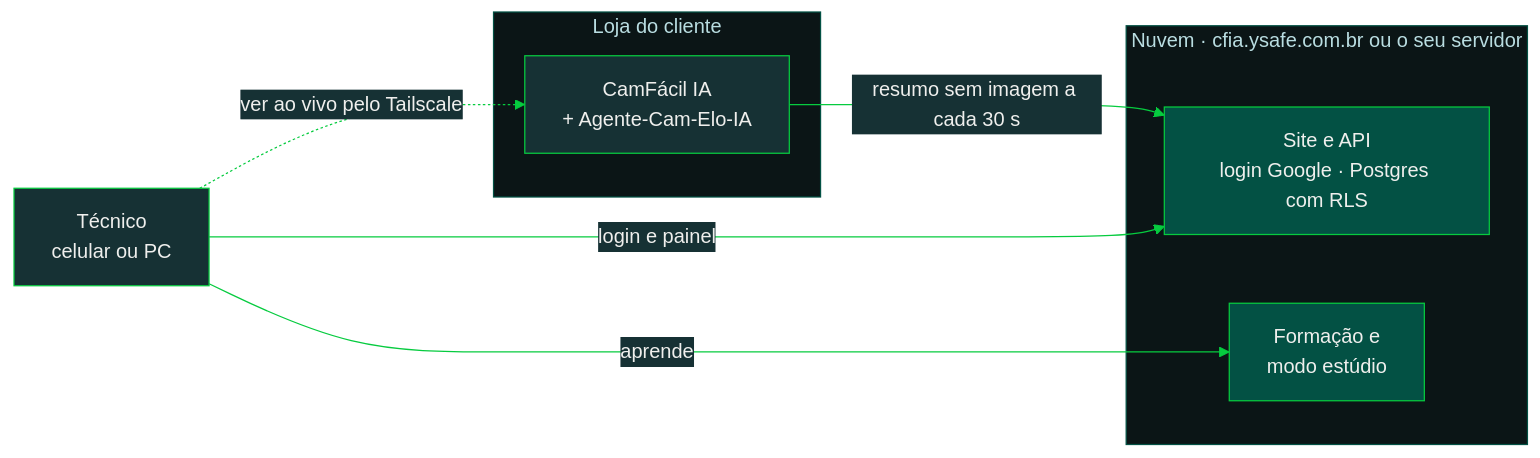
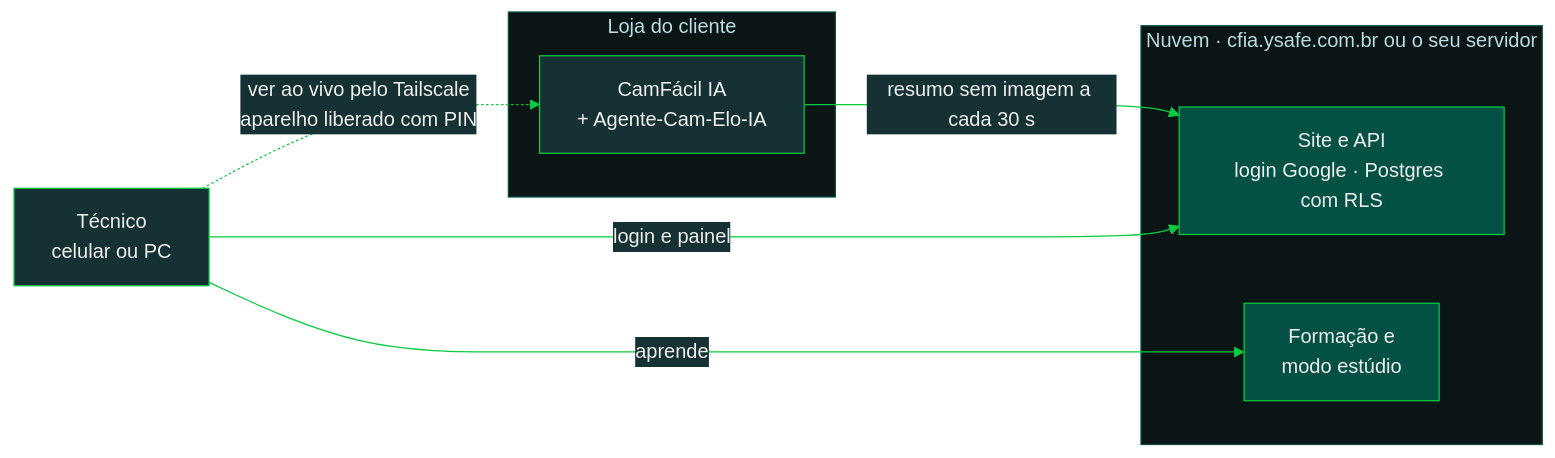
One commit to emersoncassis/CamFacil-IA changed the second of 4 diagrams in README.md. Above: the diagram before and after it, drawn with Mermaid. The commit also changed other lines of this file and 8 other files, not shown here.

````diff
--- a/README.md
+++ b/README.md
@@ -105,18 +114,18 @@
 ```mermaid
 %%{init: {"theme":"base","themeVariables":{"primaryColor":"#163134","primaryTextColor":"#EFEFED","primaryBorderColor":"#06CB3F","lineColor":"#06CB3F","fontFamily":"system-ui","clusterBkg":"#0B1516","clusterBorder":"#035144","edgeLabelBackground":"#163134"}}}%%
 flowchart LR
   subgraph L[Loja do cliente]
     P[CamFácil IA<br/>+ Agente-Cam-Elo-IA]
   end
   subgraph C[Nuvem · cfia.ysafe.com.br ou o seu servidor]
     S[Site e API<br/>login Google · Postgres com RLS]
     F[Formação e<br/>modo estúdio]
   end
   T[Técnico<br/>celular ou PC]
   P -- resumo sem imagem a cada 30 s --> S
   T -- login e painel --> S
-  T -. ver ao vivo pelo Tailscale .-> P
+  T -. ver ao vivo pelo Tailscale<br/>aparelho liberado com PIN .-> P
   T -- aprende --> F
   classDef nuvem fill:#035144,stroke:#06CB3F,color:#EFEFED
   class S,F nuvem
 ```
````
